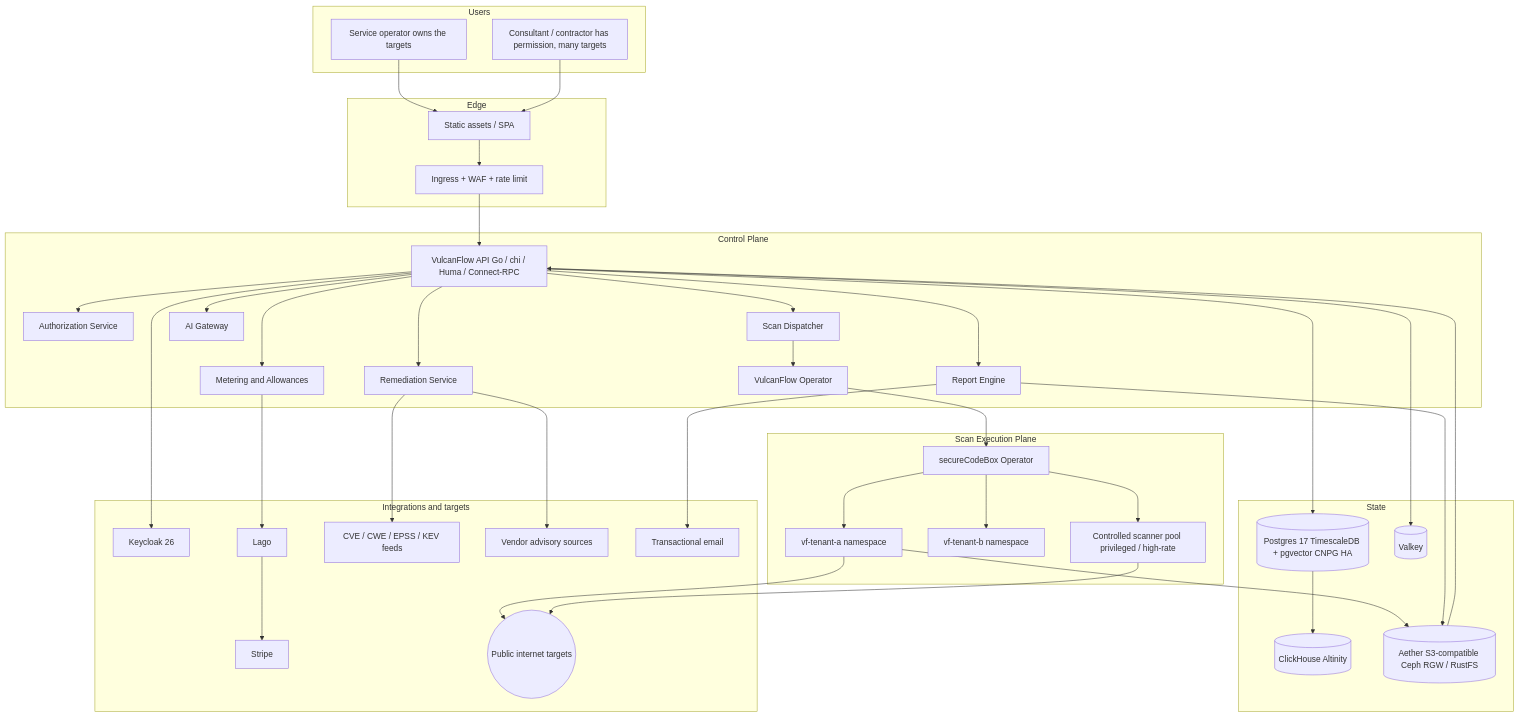
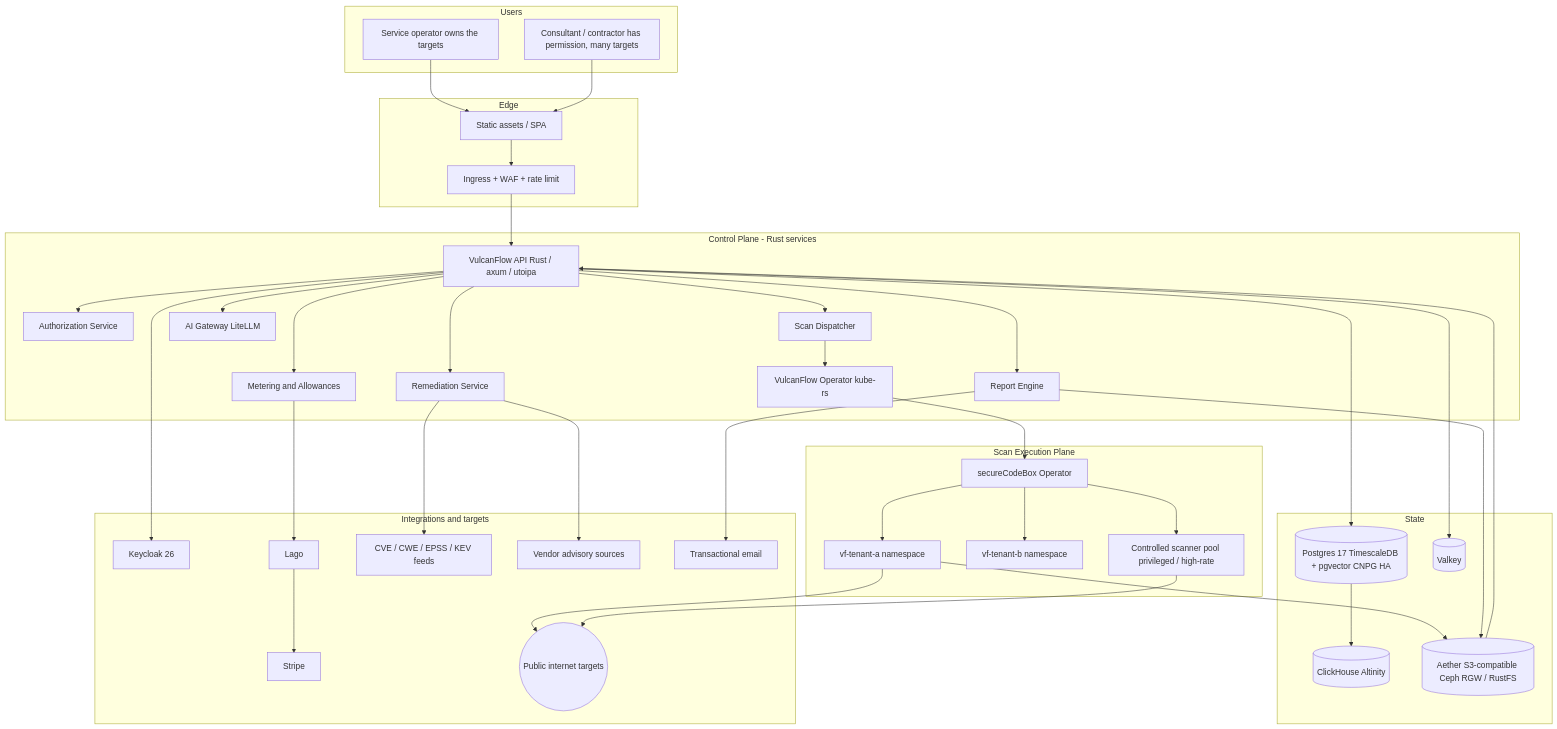
Before and after one commit to vulcanflow/docs: the second of 6 diagrams in VulcanFlow_Technical_Design_Document_v2.2.md, drawn with Mermaid. The commit also changed other lines of this file, not shown here.

````diff
--- a/VulcanFlow_Technical_Design_Document_v2.2.md
+++ b/VulcanFlow_Technical_Design_Document_v2.2.md
@@ -110,72 +114,72 @@
 ```mermaid
 graph TB
     subgraph Users
         OP[Service operator owns the targets]
         CON[Consultant / contractor has permission, many targets]
     end
 
     subgraph Edge
         CDN[Static assets / SPA]
         GW[Ingress + WAF + rate limit]
     end
 
-    subgraph ControlPlane[Control Plane]
-        API[VulcanFlow API Go / chi / Huma / Connect-RPC]
+    subgraph ControlPlane[Control Plane - Rust services]
+        API[VulcanFlow API Rust / axum / utoipa]
         AUTHZ[Authorization Service]
         DISP[Scan Dispatcher]
-        OPER[VulcanFlow Operator]
+        OPER[VulcanFlow Operator kube-rs]
         REM[Remediation Service]
         RPT[Report Engine]
         METER[Metering and Allowances]
-        AIGW[AI Gateway]
+        AIGW[AI Gateway LiteLLM]
     end
 
     subgraph DataPlane[State]
         PG[(Postgres 17 TimescaleDB + pgvector CNPG HA)]
         CH[(ClickHouse Altinity)]
         VK[(Valkey)]
         S3[(Aether S3-compatible Ceph RGW / RustFS)]
     end
 
     subgraph ExecPlane[Scan Execution Plane]
         SCB[secureCodeBox Operator]
         NS1[vf-tenant-a namespace]
         NS2[vf-tenant-b namespace]
         POOL[Controlled scanner pool privileged / high-rate]
     end
 
     subgraph Integrations[Integrations and targets]
         KC[Keycloak 26]
         STRIPE[Stripe]
         LAGO[Lago]
         FEEDS[CVE / CWE / EPSS / KEV feeds]
         VENDOR[Vendor advisory sources]
         MAIL[Transactional email]
         TGT((Public internet targets))
     end
 
     OP --> CDN
     CON --> CDN
     CDN --> GW --> API
     API --> KC
     API --> AUTHZ
     API --> METER --> LAGO --> STRIPE
     API --> DISP --> OPER --> SCB
     SCB --> NS1
     SCB --> NS2
     SCB --> POOL
     NS1 --> TGT
     POOL --> TGT
     NS1 --> S3
     S3 --> API
     API --> PG
     API --> VK
     PG --> CH
     API --> REM
     REM --> FEEDS
     REM --> VENDOR
     API --> RPT
     RPT --> S3
     RPT --> MAIL
     API --> AIGW
 ```
````
